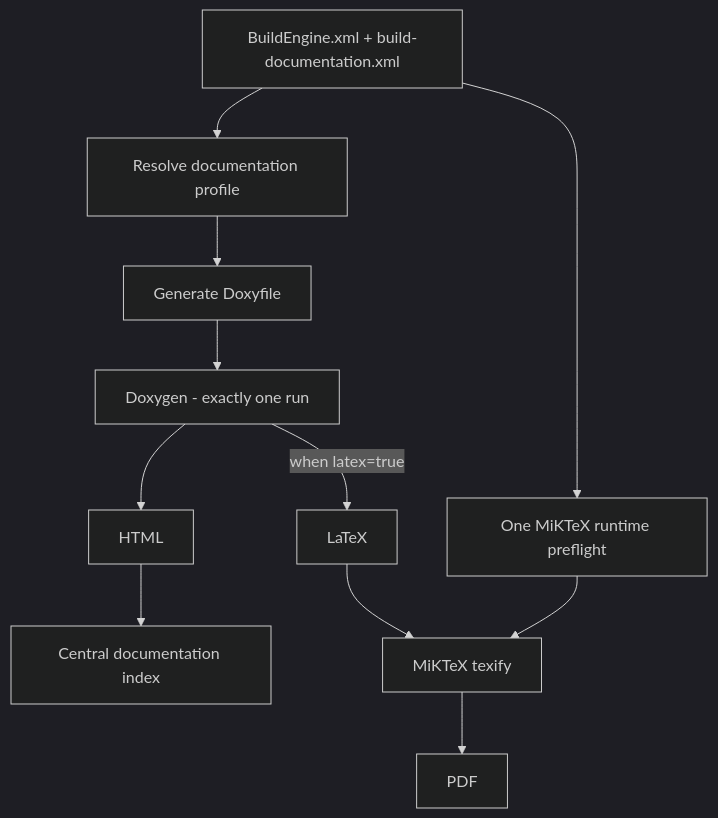
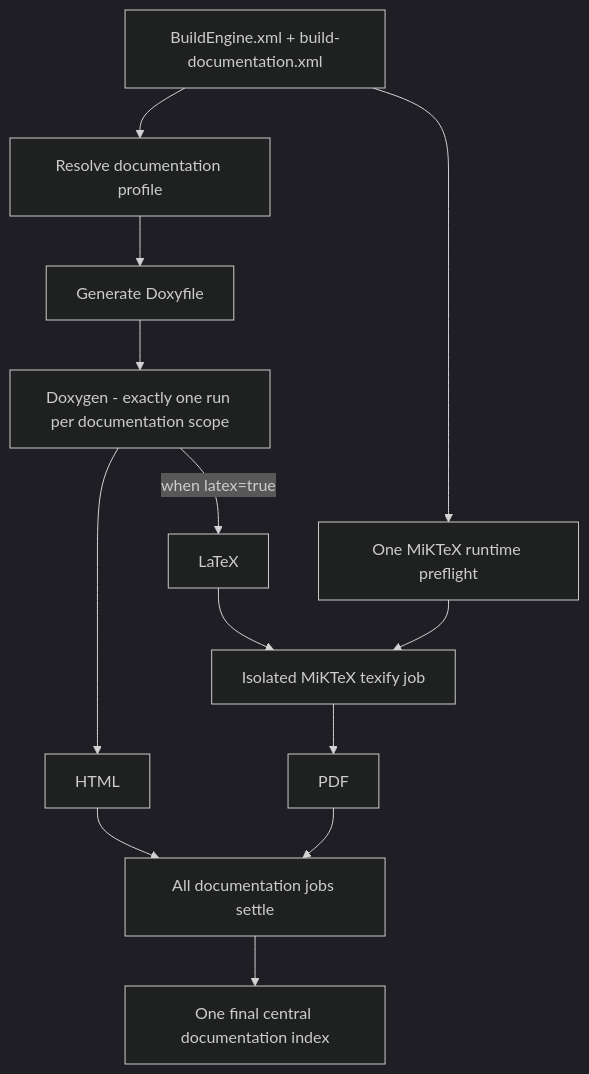
One commit to adeccscholar/BuildEngine-Admin changed the first of 4 diagrams in admin/server-docs/documentation.md. Above: the diagram before and after it, drawn with Mermaid (dark theme). The commit also changed other lines of this file, not shown here.

Commit message:
Update documentation pipeline and logical state contract

````diff
--- a/admin/server-docs/documentation.md
+++ b/admin/server-docs/documentation.md
@@ -26,13 +26,15 @@
 ```mermaid
 flowchart TD
    C[BuildEngine.xml + build-documentation.xml] --> G[Resolve documentation profile]
    G --> D[Generate Doxyfile]
-   D --> X[Doxygen - exactly one run]
+   D --> X[Doxygen - exactly one run per documentation scope]
    X --> H[HTML]
    X -->|when latex=true| L[LaTeX]
    C --> R[One MiKTeX runtime preflight]
-   L --> M[MiKTeX texify]
+   L --> M[Isolated MiKTeX texify job]
    R --> M
    M --> P[PDF]
-   H --> I[Central documentation index]
+   H --> S[All documentation jobs settle]
+   P --> S
+   S --> I[One final central documentation index]
 ```
````
